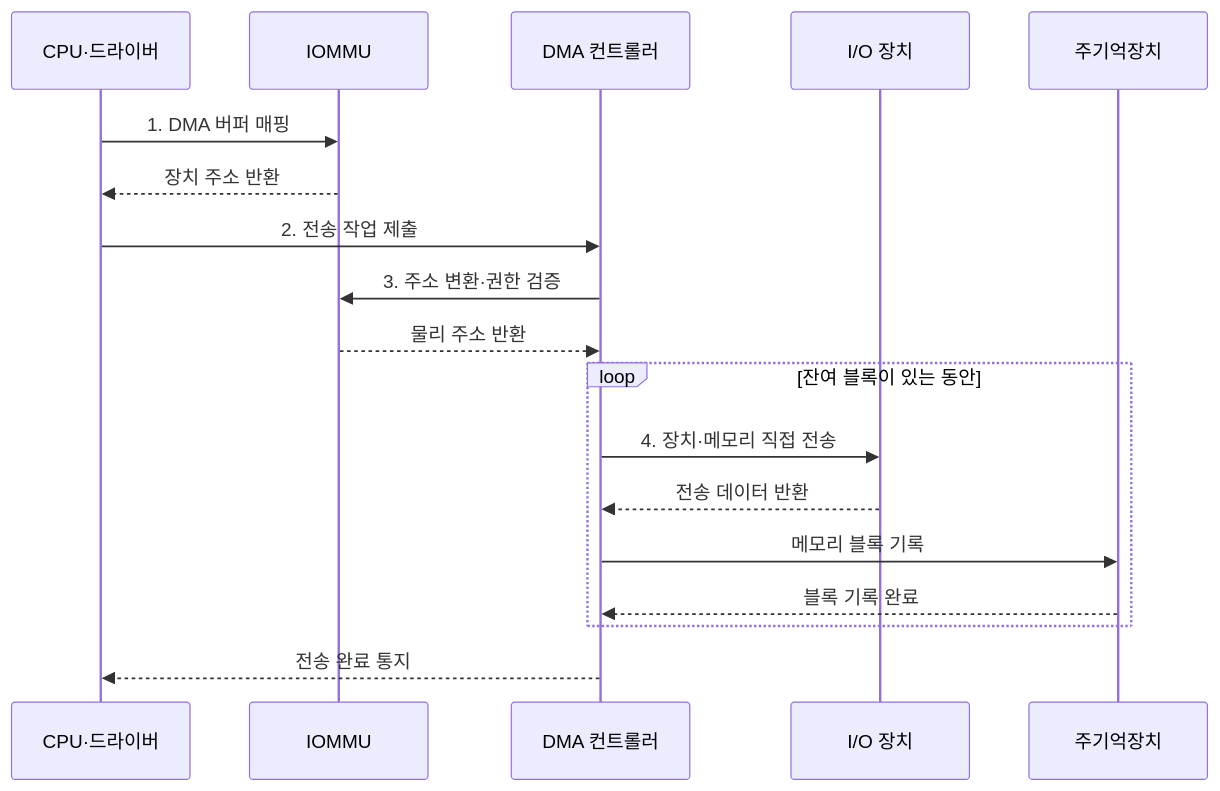
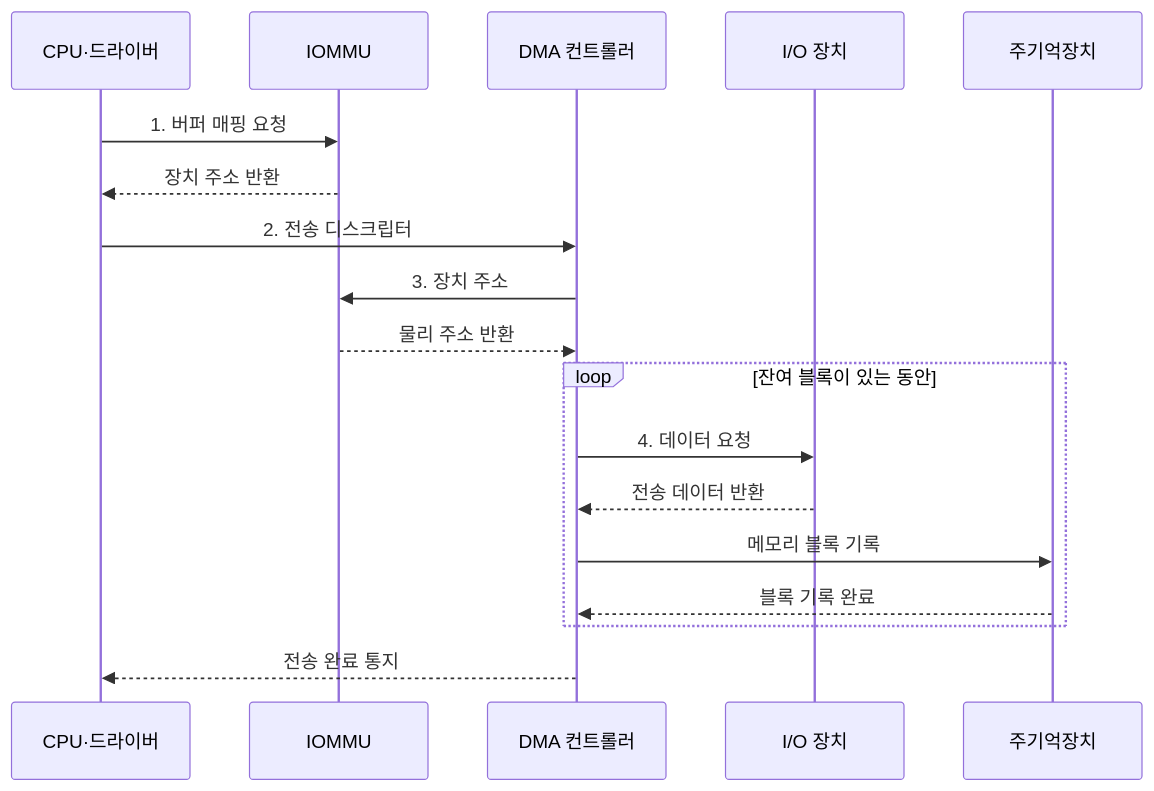
One commit to agnusdei1207/knowledge-base changed the second of 2 diagrams in src/content/docs/notes/02-hardware/035_dma.md. Above: the diagram before and after it, drawn with Mermaid. The commit also changed other lines of this file and 20 other files, not shown here.

````diff
--- a/src/content/docs/notes/02-hardware/035_dma.md
+++ b/src/content/docs/notes/02-hardware/035_dma.md
@@ -86,20 +88,20 @@
 ```mermaid
 sequenceDiagram
     participant C as CPU·드라이버
     participant U as IOMMU
     participant D as DMA 컨트롤러
     participant I as I/O 장치
     participant M as 주기억장치
-    C->>U: 1. DMA 버퍼 매핑
+    C->>U: 1. 버퍼 매핑 요청
     U-->>C: 장치 주소 반환
-    C->>D: 2. 전송 작업 제출
-    D->>U: 3. 주소 변환·권한 검증
+    C->>D: 2. 전송 디스크립터
+    D->>U: 3. 장치 주소
     U-->>D: 물리 주소 반환
     loop 잔여 블록이 있는 동안
-        D->>I: 4. 장치·메모리 직접 전송
+        D->>I: 4. 데이터 요청
         I-->>D: 전송 데이터 반환
         D->>M: 메모리 블록 기록
         M-->>D: 블록 기록 완료
     end
     D-->>C: 전송 완료 통지
 ```
````
